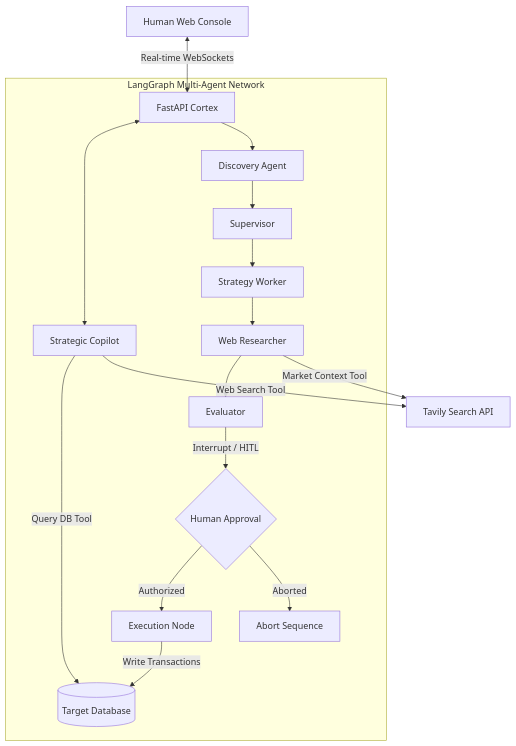
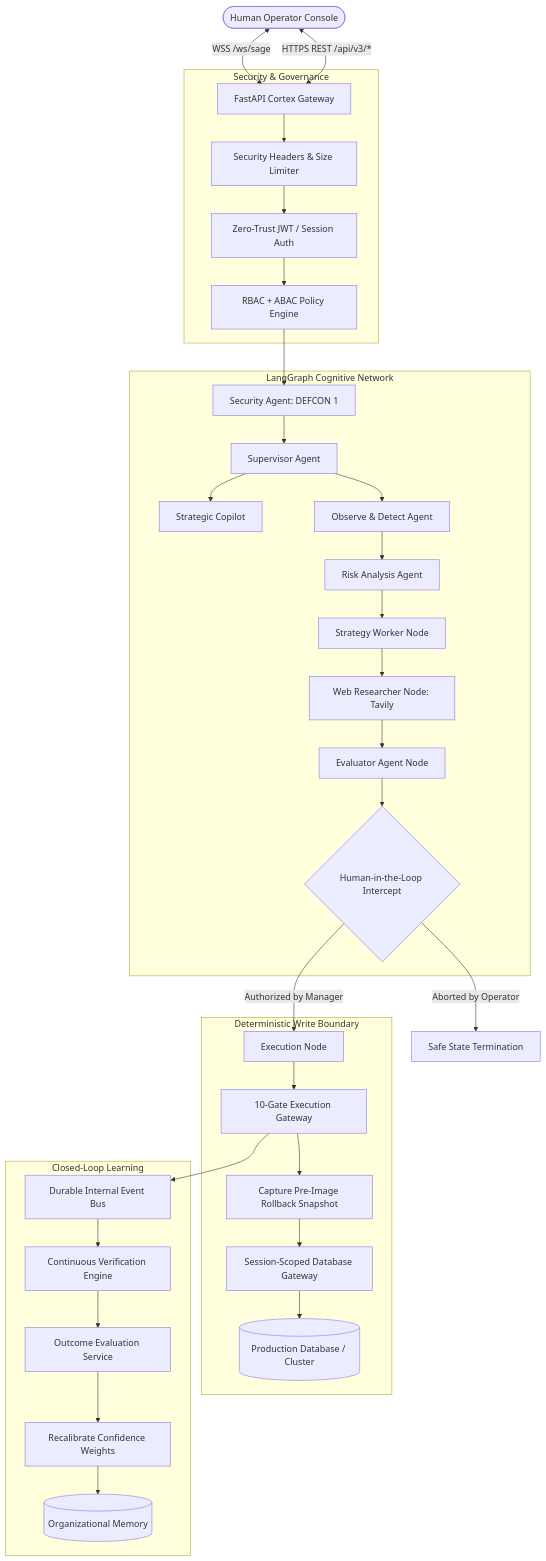
The diagram in README.md (joyab786/sage_command_production), drawn with Mermaid before and after one commit. The commit also changed other lines of this file, not shown here.

Commit message:
docs: modernize root README.md front page for SageCommand V3 enterprise release

````diff
--- a/README.md
+++ b/README.md
@@ -45,21 +96,41 @@
 ```mermaid
 graph TD
-    A[Human Web Console] <-->|Real-time WebSockets| B[FastAPI Cortex]
-    
-    subgraph LangGraph Multi-Agent Network
-        B <--> C[Strategic Copilot]
-        B --> D[Discovery Agent]
-        D --> E[Supervisor]
-        E --> F[Strategy Worker]
-        F --> G[Web Researcher]
-        G --> H[Evaluator]
-        H -->|Interrupt / HITL | I{Human Approval}
-        I -->|Authorized| J[Execution Node]
-        I -->|Aborted| K[Abort Sequence]
-        J -->|Write Transactions| L[(Target Database)]
+    User([Human Operator Console]) <-->|WSS /ws/sage| Cortex[FastAPI Cortex Gateway]
+    User <-->|HTTPS REST /api/v3/*| Cortex
+
+    subgraph Security & Governance
+        Cortex --> SecHeaders[Security Headers & Size Limiter]
+        SecHeaders --> AuthProvider[Zero-Trust JWT / Session Auth]
+        AuthProvider --> RBAC_ABAC[RBAC + ABAC Policy Engine]
     end
 
-    C -->|Query DB Tool| L
-    C -->|Web Search Tool| M[Tavily Search API]
-    G -->|Market Context Tool| M
+    subgraph LangGraph Cognitive Network
+        RBAC_ABAC --> SecurityNode[Security Agent: DEFCON 1]
+        SecurityNode --> Supervisor[Supervisor Agent]
+        Supervisor --> Copilot[Strategic Copilot]
+        Supervisor --> ObserveDetect[Observe & Detect Agent]
+        ObserveDetect --> RiskAgent[Risk Analysis Agent]
+        RiskAgent --> StrategyWorker[Strategy Worker Node]
+        StrategyWorker --> WebResearcher[Web Researcher Node: Tavily]
+        WebResearcher --> EvaluatorNode[Evaluator Agent Node]
+        EvaluatorNode --> HITLGate{Human-in-the-Loop Intercept}
+    end
+
+    HITLGate -->|Authorized by Manager| ExecNode[Execution Node]
+    HITLGate -->|Aborted by Operator| AbortState[Safe State Termination]
+
+    subgraph Deterministic Write Boundary
+        ExecNode --> ExecGateway[10-Gate Execution Gateway]
+        ExecGateway --> PreImage[Capture Pre-Image Rollback Snapshot]
+        PreImage --> DBGateway[Session-Scoped Database Gateway]
+        DBGateway --> TargetDB[(Production Database / Cluster)]
+    end
+
+    subgraph Closed-Loop Learning
+        ExecGateway --> EventBus[Durable Internal Event Bus]
+        EventBus --> VerifEngine[Continuous Verification Engine]
+        VerifEngine --> OutcomeLearning[Outcome Evaluation Service]
+        OutcomeLearning --> DecisionTuning[Recalibrate Confidence Weights]
+        DecisionTuning --> MemoryStore[(Organizational Memory)]
+    end
 ```
````
